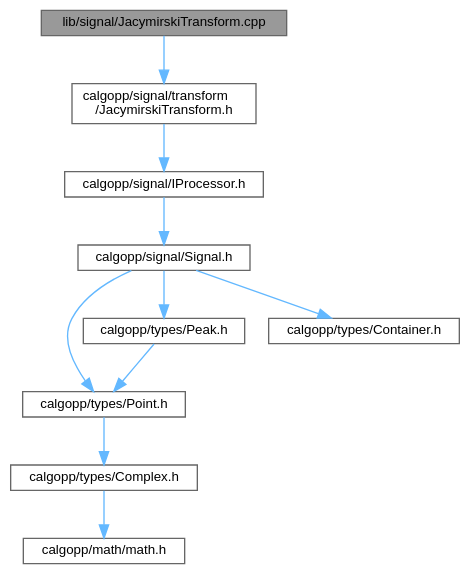
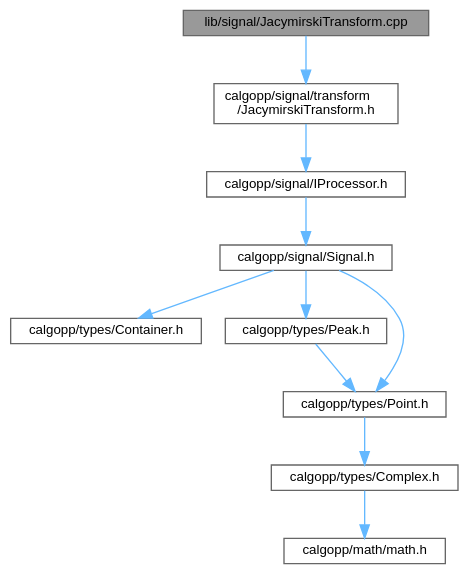
The diagram in JacymirskiTransform_8cpp__incl.dot (pawelekg95/algopp), drawn with Graphviz before and after one commit. The commit also changed 63 other files, not shown here.

```diff
--- a/JacymirskiTransform_8cpp__incl.dot
+++ b/JacymirskiTransform_8cpp__incl.dot
@@ -1,25 +1,25 @@
 digraph "lib/signal/JacymirskiTransform.cpp"
 {
  // LATEX_PDF_SIZE
   bgcolor="transparent";
   edge [fontname=Helvetica,fontsize=10,labelfontname=Helvetica,labelfontsize=10];
   node [fontname=Helvetica,fontsize=10,shape=box,height=0.2,width=0.4];
   Node1 [label="lib/signal/JacymirskiTransform.cpp",height=0.2,width=0.4,color="gray40", fillcolor="grey60", style="filled", fontcolor="black",tooltip=" "];
   Node1 -> Node2 [color="steelblue1",style="solid"];
   Node2 [label="calgopp/signal/transform\l/JacymirskiTransform.h",height=0.2,width=0.4,color="grey40", fillcolor="white", style="filled",URL="$JacymirskiTransform_8h.html",tooltip=" "];
   Node2 -> Node3 [color="steelblue1",style="solid"];
   Node3 [label="calgopp/signal/IProcessor.h",height=0.2,width=0.4,color="grey40", fillcolor="white", style="filled",URL="$IProcessor_8h.html",tooltip=" "];
   Node3 -> Node4 [color="steelblue1",style="solid"];
   Node4 [label="calgopp/signal/Signal.h",height=0.2,width=0.4,color="grey40", fillcolor="white", style="filled",URL="$Signal_8h.html",tooltip=" "];
   Node4 -> Node5 [color="steelblue1",style="solid"];
-  Node5 [label="calgopp/types/Point.h",height=0.2,width=0.4,color="grey40", fillcolor="white", style="filled",URL="$Point_8h.html",tooltip=" "];
-  Node5 -> Node6 [color="steelblue1",style="solid"];
-  Node6 [label="calgopp/types/Complex.h",height=0.2,width=0.4,color="grey40", fillcolor="white", style="filled",URL="$Complex_8h.html",tooltip=" "];
+  Node5 [label="calgopp/types/Container.h",height=0.2,width=0.4,color="grey40", fillcolor="white", style="filled",URL="$Container_8h.html",tooltip=" "];
+  Node4 -> Node6 [color="steelblue1",style="solid"];
+  Node6 [label="calgopp/types/Peak.h",height=0.2,width=0.4,color="grey40", fillcolor="white", style="filled",URL="$Peak_8h.html",tooltip=" "];
   Node6 -> Node7 [color="steelblue1",style="solid"];
-  Node7 [label="calgopp/math/math.h",height=0.2,width=0.4,color="grey40", fillcolor="white", style="filled",URL="$math_8h.html",tooltip=" "];
-  Node4 -> Node8 [color="steelblue1",style="solid"];
-  Node8 [label="calgopp/types/Peak.h",height=0.2,width=0.4,color="grey40", fillcolor="white", style="filled",URL="$Peak_8h.html",tooltip=" "];
-  Node8 -> Node5 [color="steelblue1",style="solid"];
-  Node4 -> Node9 [color="steelblue1",style="solid"];
-  Node9 [label="calgopp/types/Container.h",height=0.2,width=0.4,color="grey40", fillcolor="white", style="filled",URL="$Container_8h.html",tooltip=" "];
+  Node7 [label="calgopp/types/Point.h",height=0.2,width=0.4,color="grey40", fillcolor="white", style="filled",URL="$Point_8h.html",tooltip=" "];
+  Node7 -> Node8 [color="steelblue1",style="solid"];
+  Node8 [label="calgopp/types/Complex.h",height=0.2,width=0.4,color="grey40", fillcolor="white", style="filled",URL="$Complex_8h.html",tooltip=" "];
+  Node8 -> Node9 [color="steelblue1",style="solid"];
+  Node9 [label="calgopp/math/math.h",height=0.2,width=0.4,color="grey40", fillcolor="white", style="filled",URL="$math_8h.html",tooltip=" "];
+  Node4 -> Node7 [color="steelblue1",style="solid"];
 }
```
